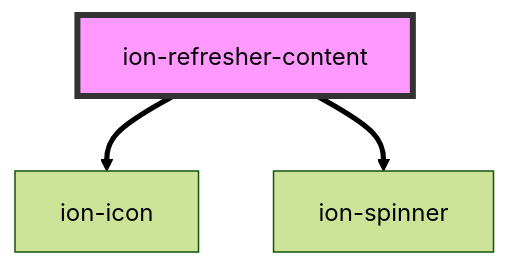
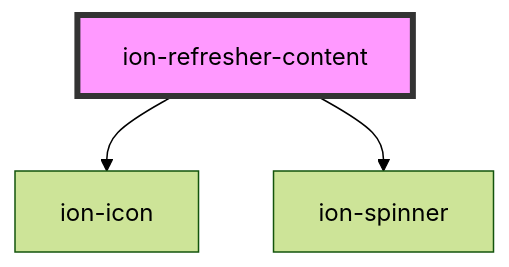
Before and after one commit to ionic-team/ionic-framework: the diagram in core/src/components/refresher-content/readme.md, drawn with Mermaid (forest theme). The commit also changed 39 other files, not shown here.

````diff
--- a/core/src/components/refresher-content/readme.md
+++ b/core/src/components/refresher-content/readme.md
@@ -23,6 +23,6 @@
 ```mermaid
 graph TD;
-  ion-refresher-content ==> ion-icon
-  ion-refresher-content ==> ion-spinner
+  ion-refresher-content --> ion-icon
+  ion-refresher-content --> ion-spinner
   style ion-refresher-content fill:#f9f,stroke:#333,stroke-width:4px
 ```
````
